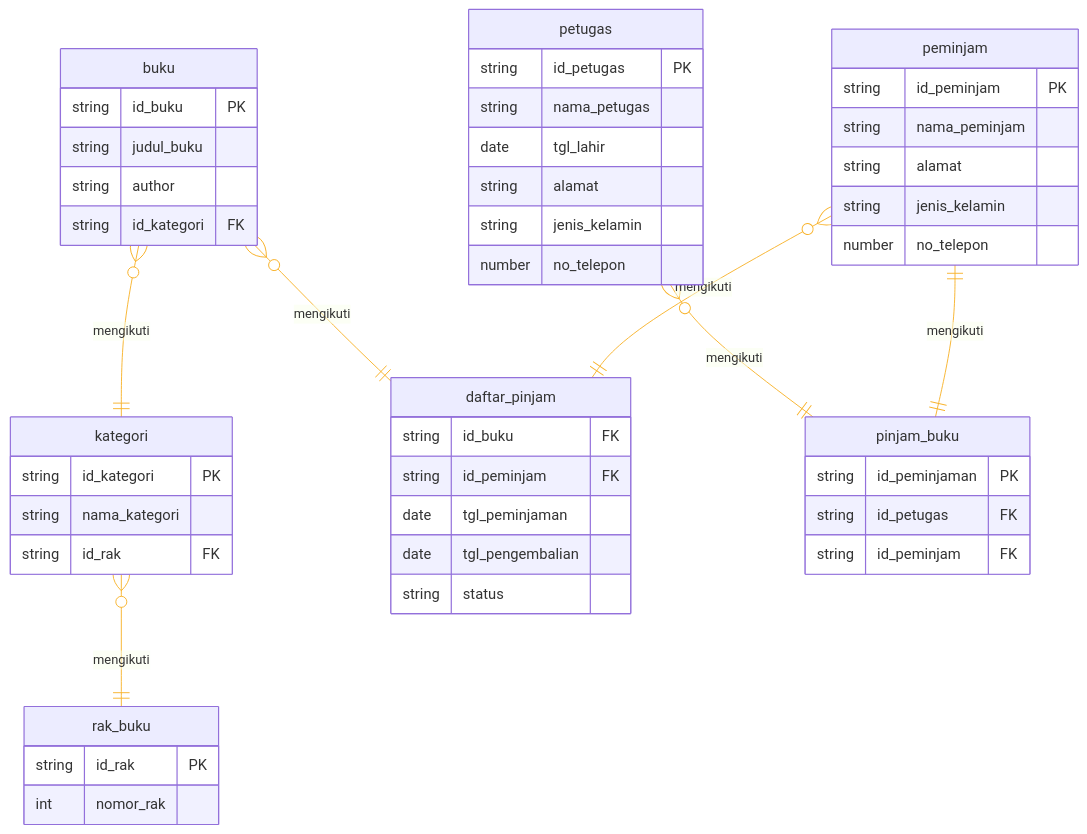
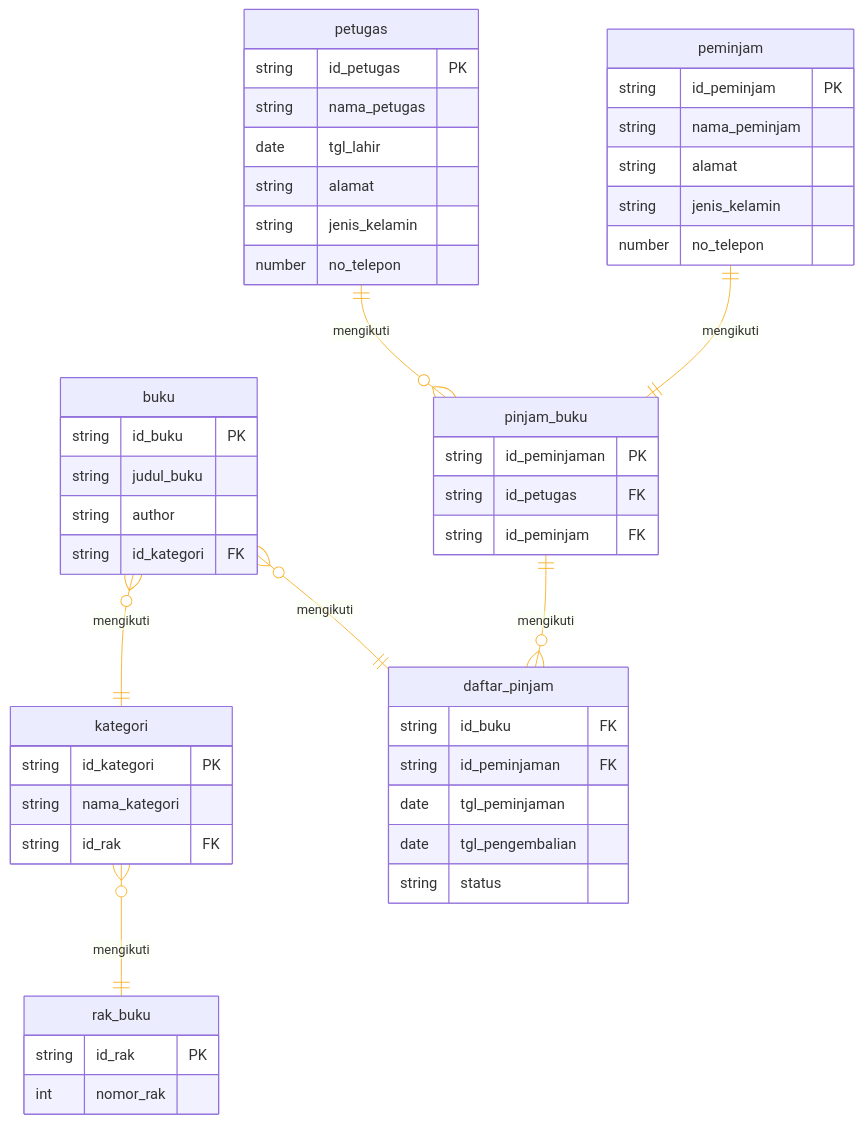
One commit to dimastadeoo/koda-b8-db1 changed the diagram in readme.md. Above: the diagram before and after it, drawn with Mermaid.

Commit message:
fix: Update foreign key reference in 'daftar_pinjam' and correct relationship notation in ERD

````diff
--- a/readme.md
+++ b/readme.md
@@ -5,65 +5,65 @@
 ```mermaid
 ---
 config:
     theme: 'default'
     themeVariables:
         lineColor: '#F8B229'
 ---
 
 erDiagram
     buku {
         string id_buku PK
         string judul_buku
         string author
         string id_kategori FK
     }
     
     kategori {
         string id_kategori PK
         string nama_kategori
         string id_rak FK
     }
     rak_buku {
         string id_rak PK
         int nomor_rak
     }
     petugas {
         string id_petugas PK
         string nama_petugas
         date tgl_lahir
         string alamat
         string jenis_kelamin
         number no_telepon
     }
 
     peminjam {
         string id_peminjam PK
         string nama_peminjam
         string alamat
         string jenis_kelamin
         number no_telepon
     }
 
     daftar_pinjam {
         string id_buku FK
-        string id_peminjam FK
+        string id_peminjaman FK
         date tgl_peminjaman
         date tgl_pengembalian
         string status
     }
 
     pinjam_buku {
         string id_peminjaman PK
         string id_petugas FK
         string id_peminjam FK
     }
 
     buku o{ -- || kategori : mengikuti
     kategori o{ -- || rak_buku : mengikuti
     buku o{ -- || daftar_pinjam : mengikuti
-    peminjam o{ -- || daftar_pinjam : mengikuti
-    petugas o{ -- || pinjam_buku : mengikuti
+    pinjam_buku || -- o{ daftar_pinjam : mengikuti
+    petugas || -- o{ pinjam_buku : mengikuti
     peminjam || -- || pinjam_buku : mengikuti
 
 
 ```
````
